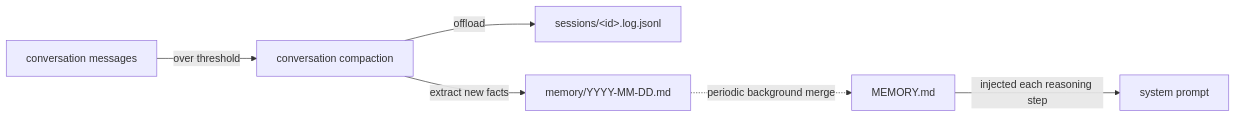
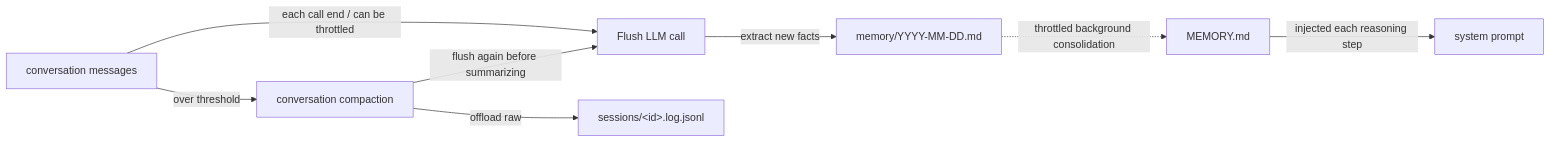
Before and after one commit to agentscope-ai/agentscope-java: the diagram in docs/v2/en/docs/harness/memory.md, drawn with Mermaid. The commit also changed other lines of this file and 70 other files, not shown here.

````diff
--- a/docs/v2/en/docs/harness/memory.md
+++ b/docs/v2/en/docs/harness/memory.md
@@ -21,8 +33,11 @@
 ```{mermaid}
 graph LR
-    Conv["conversation messages"] -->|over threshold| Compactor["conversation compaction"]
-    Compactor -->|offload| Sess["sessions/&lt;id&gt;.log.jsonl"]
-    Compactor -->|extract new facts| Daily["memory/YYYY-MM-DD.md"]
-    Daily -. periodic background merge .-> MEM["MEMORY.md"]
+    Conv["conversation messages"]
+    Conv -->|each call end / can be throttled| Flush["Flush LLM call"]
+    Flush -->|extract new facts| Daily["memory/YYYY-MM-DD.md"]
+    Conv -->|over threshold| Compactor["conversation compaction"]
+    Compactor -->|offload raw| Sess["sessions/&lt;id&gt;.log.jsonl"]
+    Compactor -->|flush again before summarizing| Flush
+    Daily -. throttled background consolidation .-> MEM["MEMORY.md"]
     MEM -->|injected each reasoning step| SYS["system prompt"]
 ```
````
